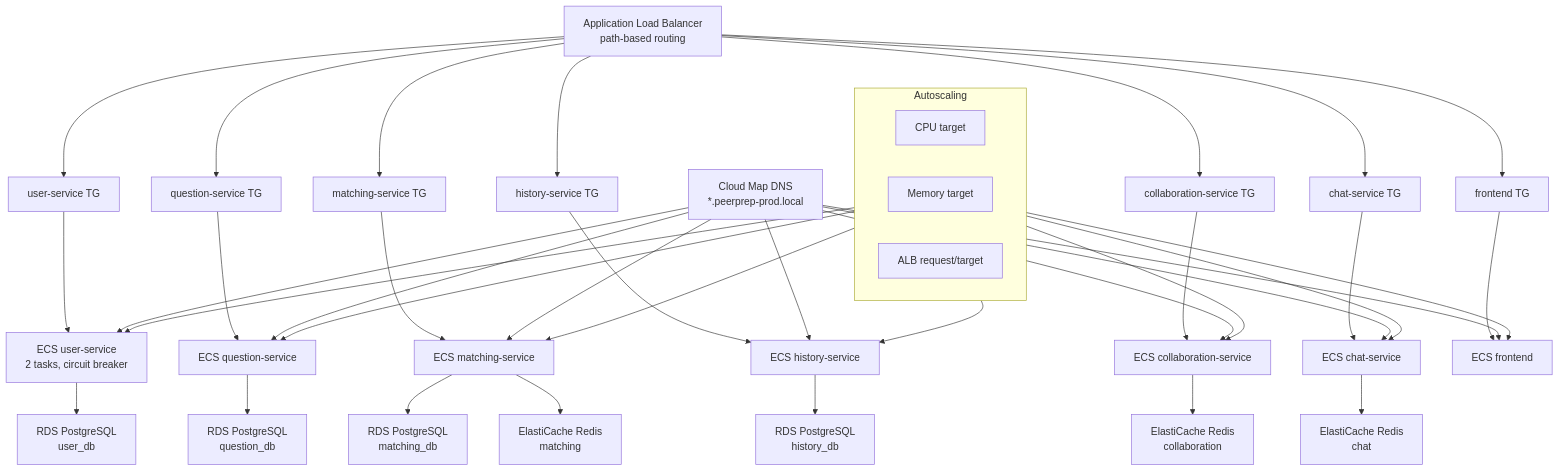
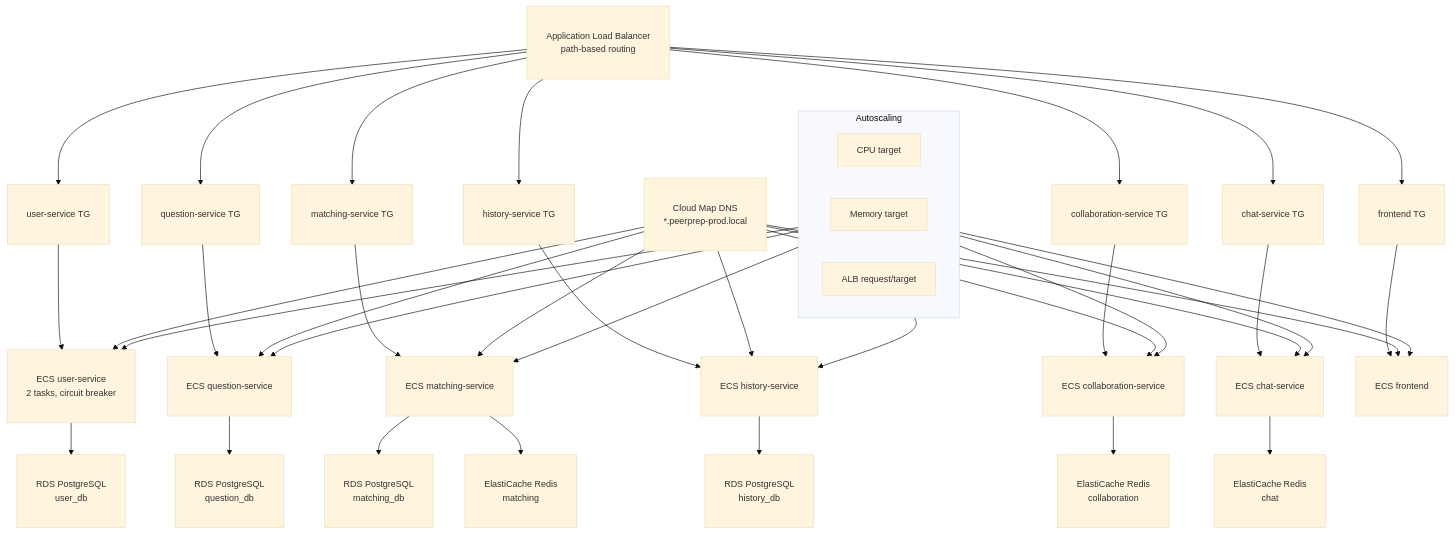
One commit to JoanneHing/cs3219-ay2526s1-project-g19 changed the third of 8 diagrams in docs/p1_deploy.md. Above: the diagram before and after it, drawn with Mermaid. The commit also changed other lines of this file, not shown here.

````diff
--- a/docs/p1_deploy.md
+++ b/docs/p1_deploy.md
@@ -67,47 +71,51 @@
 ```mermaid
+%%{init: {'theme':'base', 'themeVariables': {'fontSize':'14px'}}}%%
 graph TD
   ALB["Application Load Balancer<br/>path-based routing"] --> UserTG["user-service TG"]
   ALB --> QuestionTG["question-service TG"]
   ALB --> MatchingTG["matching-service TG"]
   ALB --> HistoryTG["history-service TG"]
   ALB --> CollabTG["collaboration-service TG"]
   ALB --> ChatTG["chat-service TG"]
   ALB --> FrontendTG["frontend TG"]
 
   UserTG --> UserECS["ECS user-service<br/>2 tasks, circuit breaker"]
   QuestionTG --> QuestionECS["ECS question-service"]
   MatchingTG --> MatchingECS["ECS matching-service"]
   HistoryTG --> HistoryECS["ECS history-service"]
   CollabTG --> CollabECS["ECS collaboration-service"]
   ChatTG --> ChatECS["ECS chat-service"]
   FrontendTG --> FrontendECS["ECS frontend"]
 
   UserECS --> RDSUser["RDS PostgreSQL<br/>user_db"]
   QuestionECS --> RDSQuestion["RDS PostgreSQL<br/>question_db"]
   MatchingECS --> RDSMatching["RDS PostgreSQL<br/>matching_db"]
   HistoryECS --> RDSHistory["RDS PostgreSQL<br/>history_db"]
   MatchingECS --> RedisMatching["ElastiCache Redis<br/>matching"]
   CollabECS --> RedisCollab["ElastiCache Redis<br/>collaboration"]
   ChatECS --> RedisChat["ElastiCache Redis<br/>chat"]
 
   subgraph AutoscalingPolicies["Autoscaling"]
     CPU["CPU target"]
     MEM["Memory target"]
     REQ["ALB request/target"]
   end
   AutoscalingPolicies --> UserECS
   AutoscalingPolicies --> QuestionECS
   AutoscalingPolicies --> MatchingECS
   AutoscalingPolicies --> HistoryECS
   AutoscalingPolicies --> CollabECS
   AutoscalingPolicies --> ChatECS
   AutoscalingPolicies --> FrontendECS
 
   CloudMap["Cloud Map DNS<br/>*.peerprep-prod.local"] --> UserECS
   CloudMap --> QuestionECS
   CloudMap --> MatchingECS
   CloudMap --> HistoryECS
   CloudMap --> CollabECS
   CloudMap --> ChatECS
   CloudMap --> FrontendECS
+
+  classDef wider padding:10px
+  class ALB,UserTG,QuestionTG,MatchingTG,HistoryTG,CollabTG,ChatTG,FrontendTG,UserECS,QuestionECS,MatchingECS,HistoryECS,CollabECS,ChatECS,FrontendECS,RDSUser,RDSQuestion,RDSMatching,RDSHistory,RedisMatching,RedisCollab,RedisChat,CloudMap wider
 ```
````
